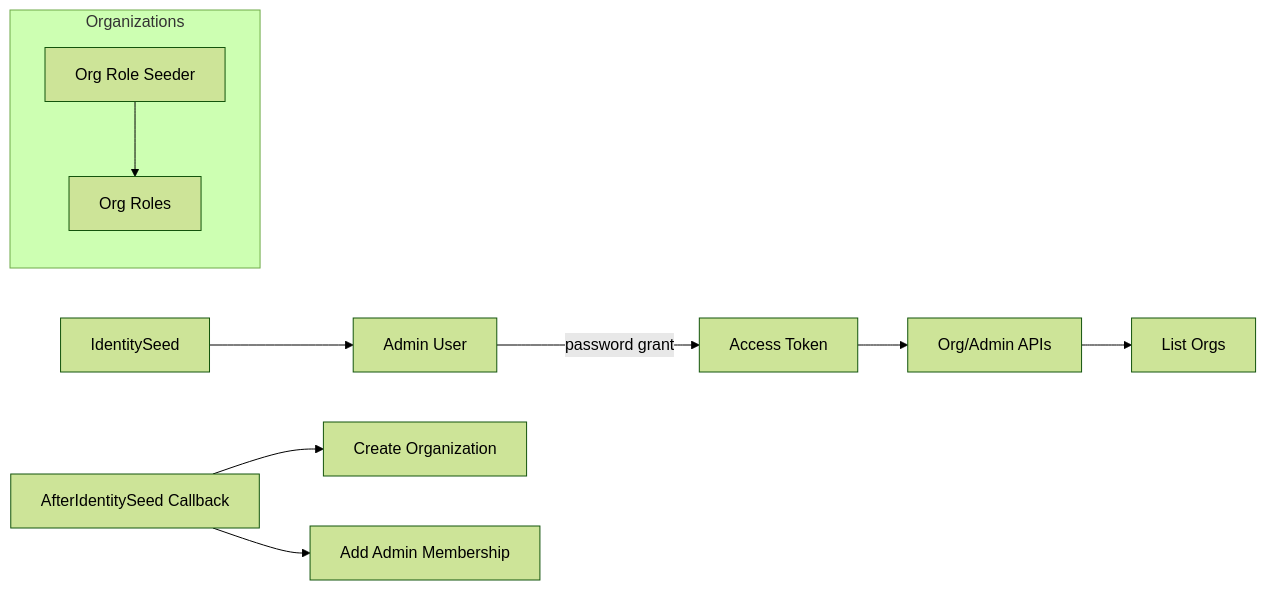
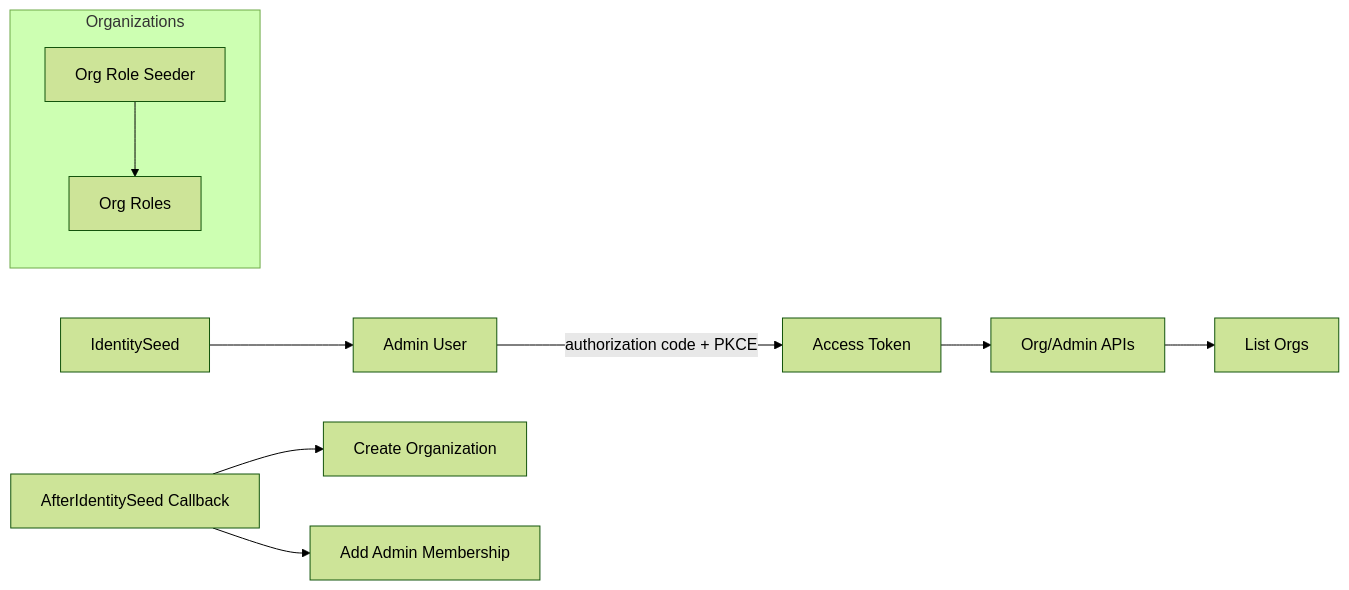
The diagram in docs/playbooks/seed-roles-and-default-organization.md (Amaretto-Software-Labs/identity-base), drawn with Mermaid (forest theme) before and after one commit. The commit also changed other lines of this file and 45 other files, not shown here.

First line of the commit message:
Refactor OpenIddict flows and enhance validation (#14)

````diff
--- a/docs/playbooks/seed-roles-and-default-organization.md
+++ b/docs/playbooks/seed-roles-and-default-organization.md
@@ -183,12 +223,12 @@
 ```mermaid
 flowchart LR
   A[IdentitySeed] --> U[Admin User]
   subgraph Organizations
     ORGSEED[Org Role Seeder] --> ORoles[Org Roles]
   end
   C[AfterIdentitySeed Callback] --> O[Create Organization]
   C --> M[Add Admin Membership]
-  U -->|password grant| T[Access Token]
+  U -->|authorization code + PKCE| T[Access Token]
   T --> API[Org/Admin APIs]
   API --> V[List Orgs]
 ```
````
